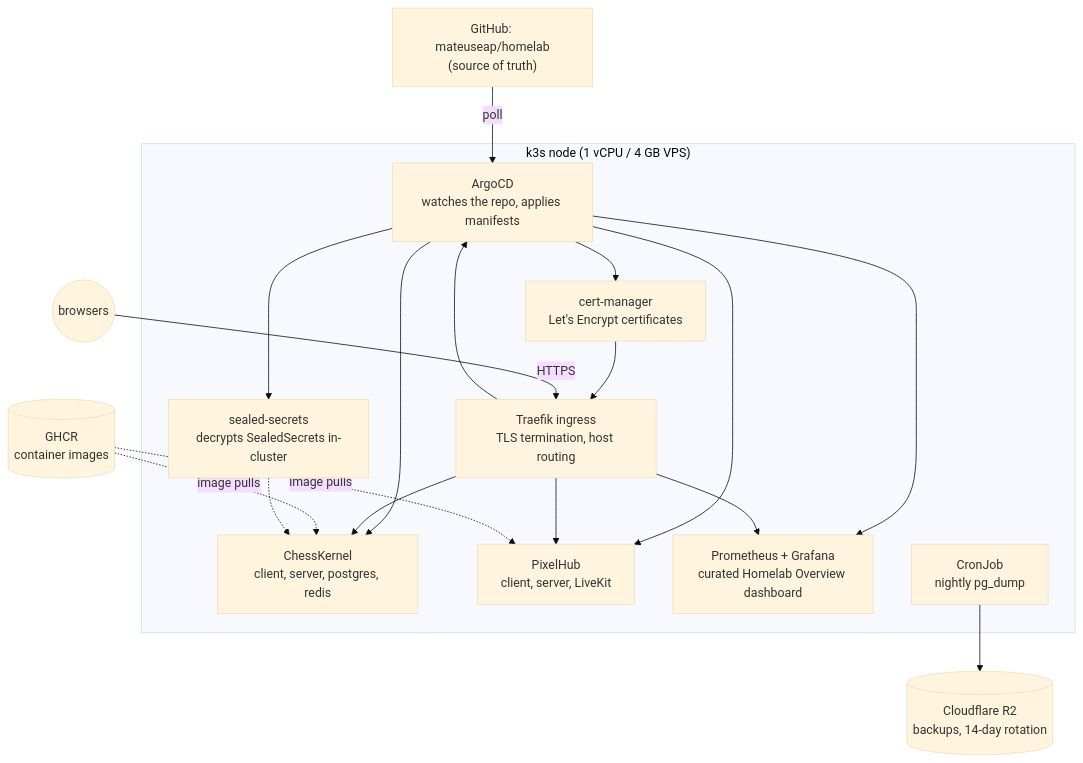
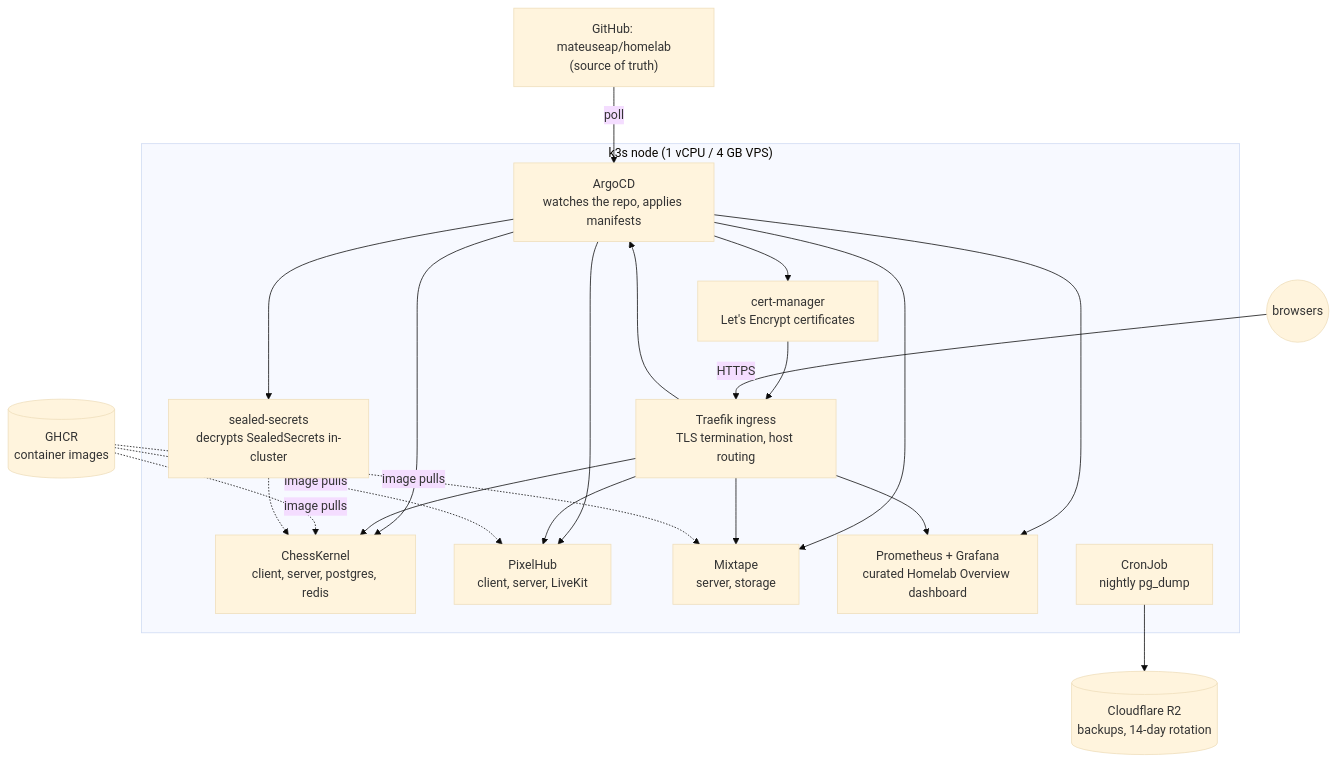
The first of 3 diagrams in README.md (mateuseap/homelab), drawn with Mermaid (base theme) before and after one commit. The commit also changed other lines of this file, not shown here.

Commit message:
docs(readme): add mixtape to what-runs-on-it and the architecture diagram

````diff
--- a/README.md
+++ b/README.md
@@ -44,34 +45,38 @@
 ```mermaid
 flowchart TB
     gh["GitHub: mateuseap/homelab<br/>(source of truth)"]
     subgraph node["k3s node (1 vCPU / 4 GB VPS)"]
         argo["ArgoCD<br/>watches the repo, applies manifests"]
         traefik["Traefik ingress<br/>TLS termination, host routing"]
         cm["cert-manager<br/>Let's Encrypt certificates"]
         seal["sealed-secrets<br/>decrypts SealedSecrets in-cluster"]
         chess["ChessKernel<br/>client, server, postgres, redis"]
         pixel["PixelHub<br/>client, server, LiveKit"]
+        mix["Mixtape<br/>server, storage"]
         mon["Prometheus + Grafana<br/>curated Homelab Overview dashboard"]
         cron["CronJob<br/>nightly pg_dump"]
     end
     r2[("Cloudflare R2<br/>backups, 14-day rotation")]
     ghcr[("GHCR<br/>container images")]
     users(("browsers"))
 
     gh -->|poll| argo
     argo --> chess
     argo --> pixel
+    argo --> mix
     argo --> mon
     argo --> seal
     argo --> cm
     cm --> traefik
     users -->|HTTPS| traefik
     traefik --> chess
     traefik --> pixel
+    traefik --> mix
     traefik --> argo
     traefik --> mon
     ghcr -.->|image pulls| chess
     ghcr -.->|image pulls| pixel
+    ghcr -.->|image pulls| mix
     cron --> r2
     seal -.-> chess
 ```
````
